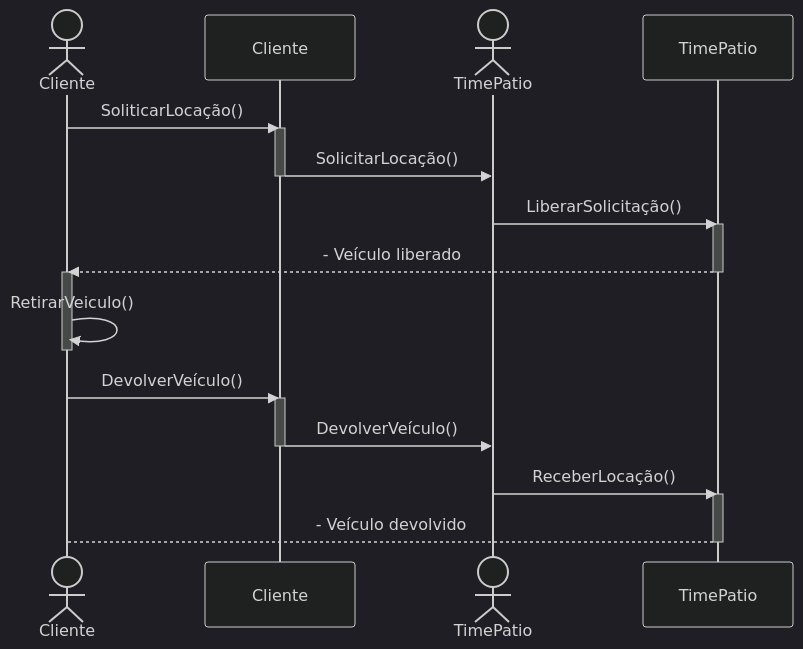
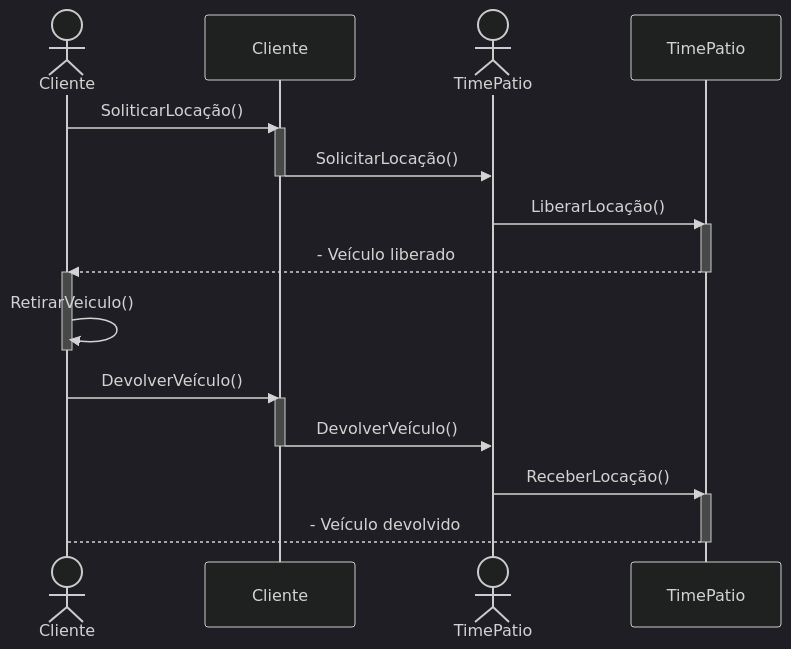
The third of 4 diagrams in README.md (BrunoBassoo/LocadoraDeVeiculos), drawn with Mermaid (dark theme) before and after one commit.

````diff
--- a/README.md
+++ b/README.md
@@ -320,29 +320,29 @@
 ```mermaid
 %%{title: "Controlar as locações"}%%
 sequenceDiagram
     actor Cliente
     participant C as Cliente
     actor TimePatio
     participant TP as TimePatio
     
     Cliente->>C: SoliticarLocação()
     activate C
     C->>TimePatio: SolicitarLocação()
     deactivate C
-    TimePatio->>TP: LiberarSolicitação()
+    TimePatio->>TP: LiberarLocação()
     activate TP
     TP-->>Cliente: - Veículo liberado
     deactivate TP
     activate Cliente
     Cliente->>Cliente: RetirarVeiculo()
     deactivate Cliente
     Cliente->>C: DevolverVeículo()
     activate C
     C->>TimePatio: DevolverVeículo()
     deactivate C
     TimePatio->>TP: ReceberLocação()
     activate TP
     TP-->Cliente: - Veículo devolvido
     deactivate TP
 
 ```
````
